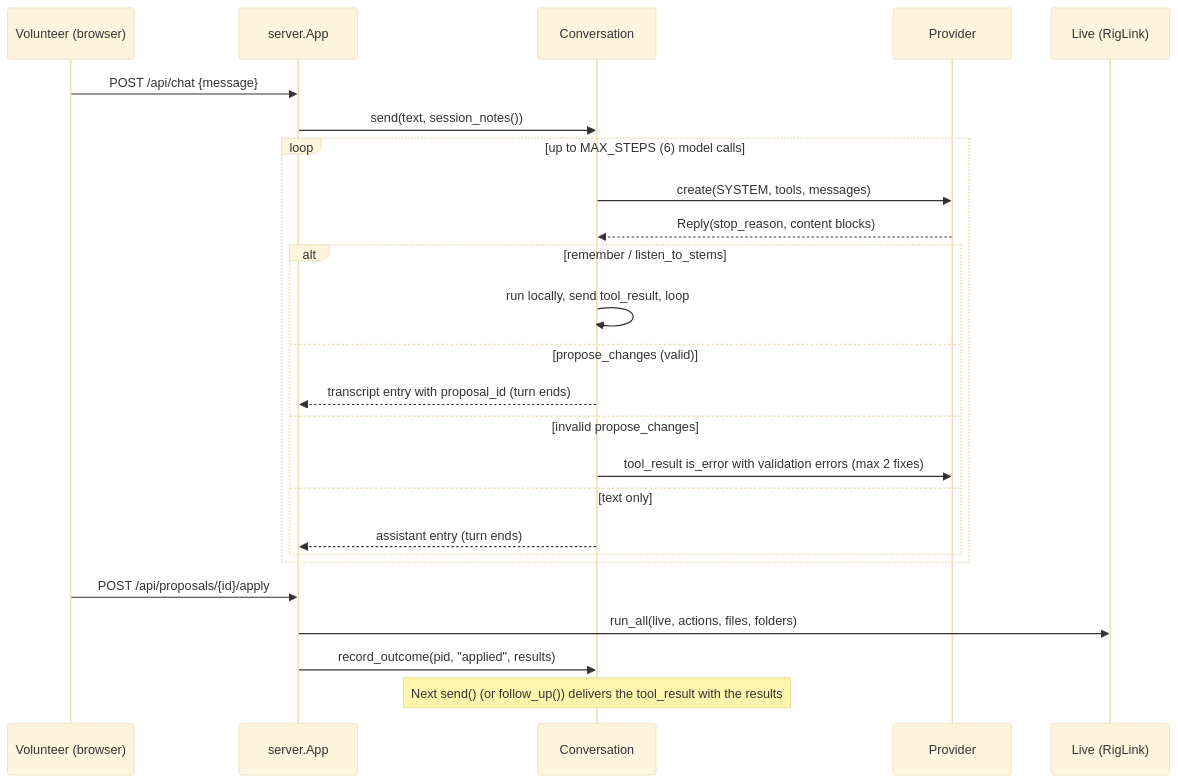
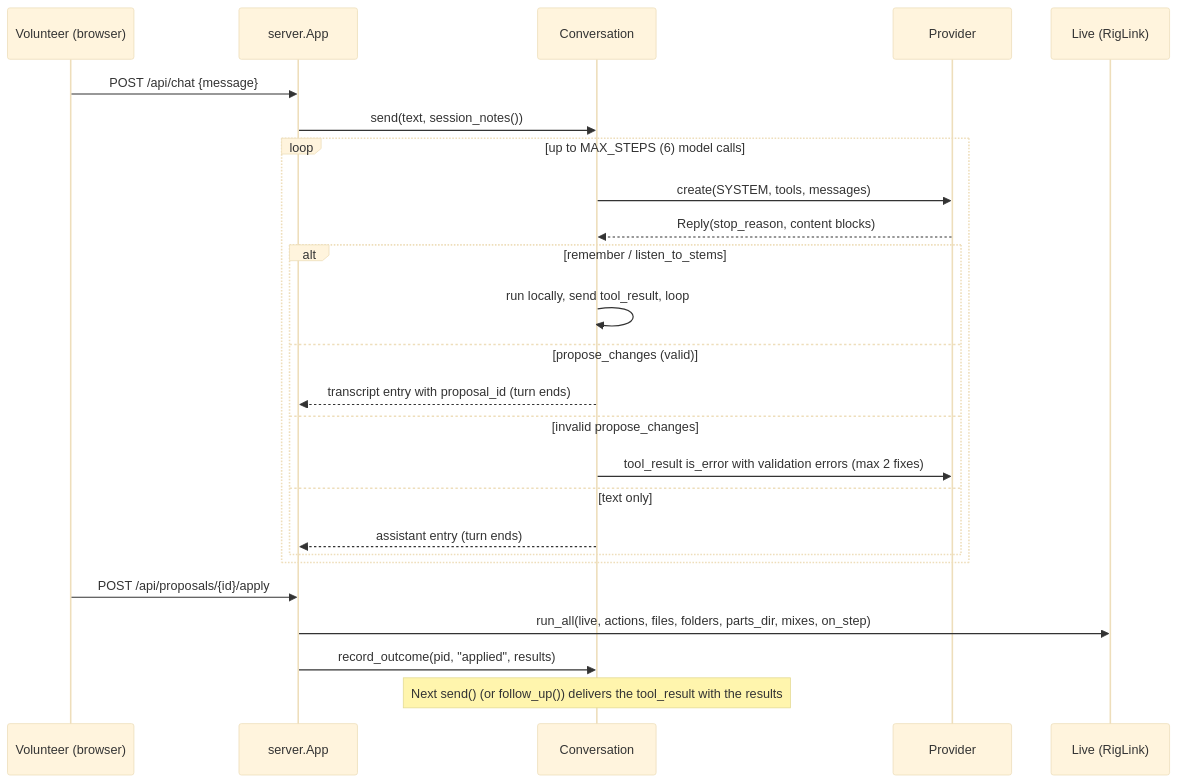
Before and after one commit to BenCurrie42/hackathon_2026: the diagram in docs/documentation/assistant-and-actions.md, drawn with Mermaid (base theme). The commit also changed other lines of this file and 19 other files, not shown here.

````diff
--- a/docs/documentation/assistant-and-actions.md
+++ b/docs/documentation/assistant-and-actions.md
@@ -7,27 +7,27 @@
 ```mermaid
 sequenceDiagram
     participant V as Volunteer (browser)
     participant S as server.App
     participant C as Conversation
     participant P as Provider
     participant L as Live (RigLink)
     V->>S: POST /api/chat {message}
     S->>C: send(text, session_notes())
     loop up to MAX_STEPS (6) model calls
         C->>P: create(SYSTEM, tools, messages)
         P-->>C: Reply(stop_reason, content blocks)
         alt remember / listen_to_stems
             C->>C: run locally, send tool_result, loop
         else propose_changes (valid)
             C-->>S: transcript entry with proposal_id (turn ends)
         else invalid propose_changes
             C->>P: tool_result is_error with validation errors (max 2 fixes)
         else text only
             C-->>S: assistant entry (turn ends)
         end
     end
     V->>S: POST /api/proposals/{id}/apply
-    S->>L: run_all(live, actions, files, folders)
+    S->>L: run_all(live, actions, files, folders, parts_dir, mixes, on_step)
     S->>C: record_outcome(pid, "applied", results)
     Note over C: Next send() (or follow_up()) delivers the tool_result with the results
 ```
````
